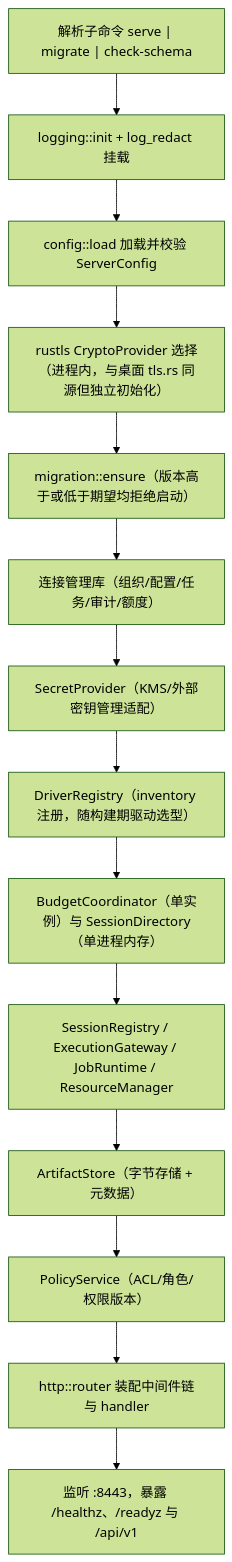
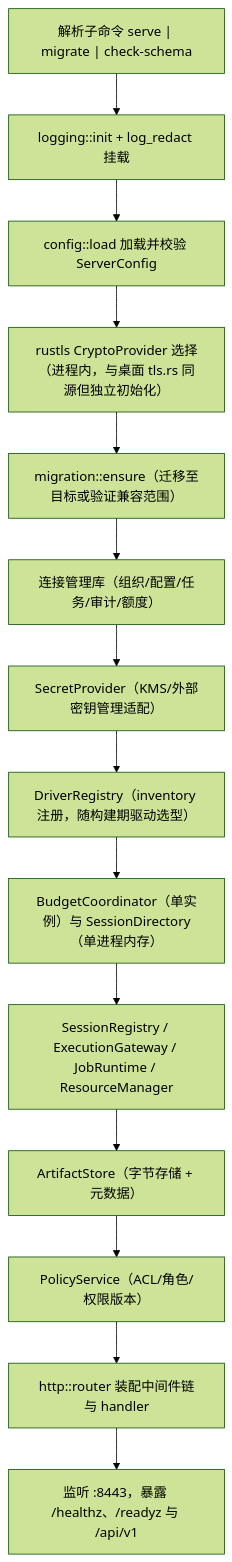
The first of 6 diagrams in docs/architecture/platform/team-server-and-auth.md (flyxl/datazen), drawn with Mermaid (forest theme) before and after one commit. The commit also changed other lines of this file and 7 other files, not shown here.

````diff
--- a/docs/architecture/platform/team-server-and-auth.md
+++ b/docs/architecture/platform/team-server-and-auth.md
@@ -90,16 +90,16 @@
 ```mermaid
 flowchart TD
     A["解析子命令 serve | migrate | check-schema"] --> B["logging::init + log_redact 挂载"]
     B --> C["config::load 加载并校验 ServerConfig"]
     C --> D["rustls CryptoProvider 选择（进程内，与桌面 tls.rs 同源但独立初始化）"]
-    D --> E["migration::ensure（版本高于或低于期望均拒绝启动）"]
+    D --> E["migration::ensure（迁移至目标或验证兼容范围）"]
     E --> F["连接管理库（组织/配置/任务/审计/额度）"]
     F --> G["SecretProvider（KMS/外部密钥管理适配）"]
     G --> H["DriverRegistry（inventory 注册，随构建期驱动选型）"]
     H --> I["BudgetCoordinator（单实例）与 SessionDirectory（单进程内存）"]
     I --> J["SessionRegistry / ExecutionGateway / JobRuntime / ResourceManager"]
     J --> K["ArtifactStore（字节存储 + 元数据）"]
     K --> L["PolicyService（ACL/角色/权限版本）"]
     L --> M["http::router 装配中间件链与 handler"]
     M --> N["监听 :8443，暴露 /healthz、/readyz 与 /api/v1"]
 ```
````
